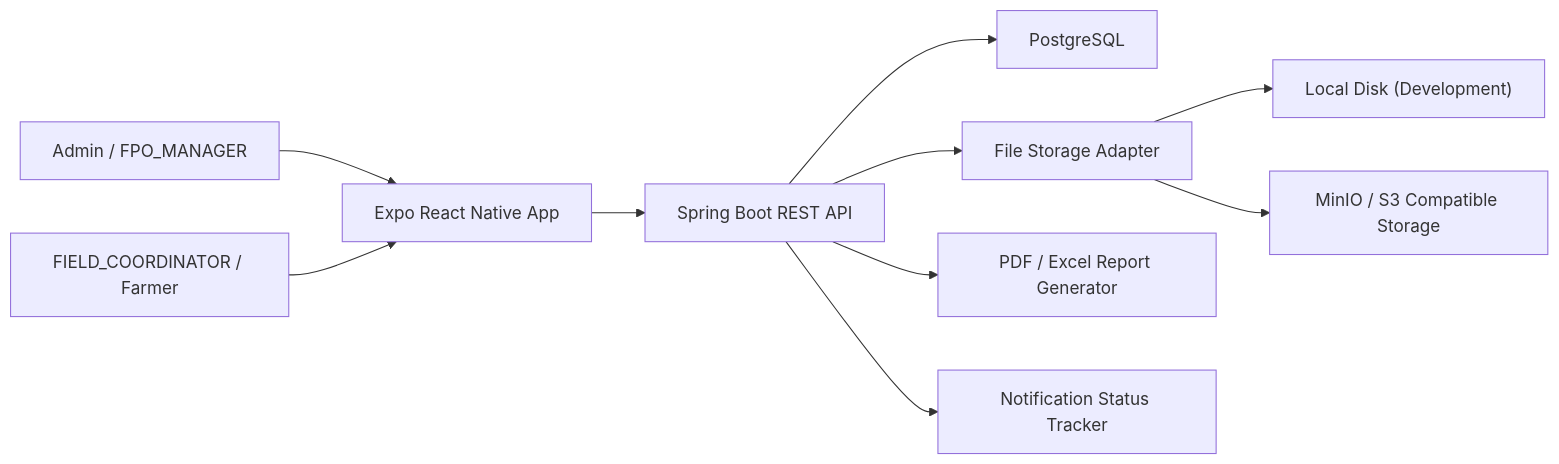
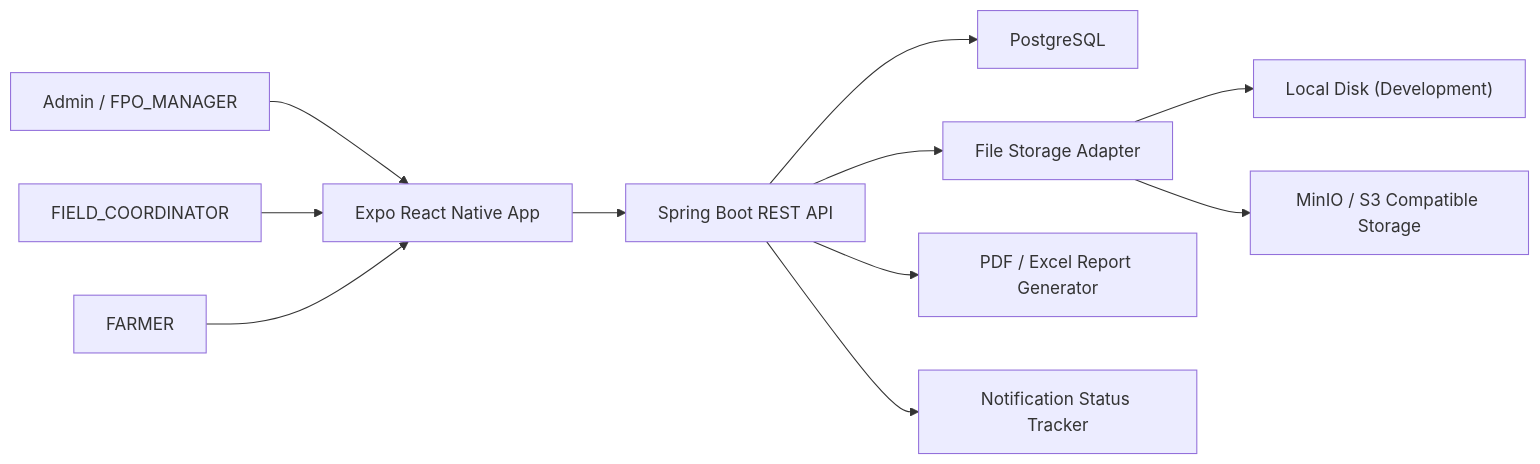
One commit to korearun5/activity-compliance changed the first of 11 diagrams in docs/architecture.md. Above: the diagram before and after it, drawn with Mermaid. The commit also changed other lines of this file and 24 other files, not shown here.

````diff
--- a/docs/architecture.md
+++ b/docs/architecture.md
@@ -40,12 +40,13 @@
 ```mermaid
 flowchart LR
     Admin["Admin / FPO_MANAGER"] --> App["Expo React Native App"]
-    FIELD_COORDINATOR["FIELD_COORDINATOR / Farmer"] --> App
+    FIELD_COORDINATOR["FIELD_COORDINATOR"] --> App
+    Farmer["FARMER"] --> App
     App --> Api["Spring Boot REST API"]
     Api --> Db["PostgreSQL"]
     Api --> Storage["File Storage Adapter"]
     Storage --> LocalDisk["Local Disk (Development)"]
     Storage --> Minio["MinIO / S3 Compatible Storage"]
     Api --> Reports["PDF / Excel Report Generator"]
     Api --> Notifications["Notification Status Tracker"]
 ```
````
